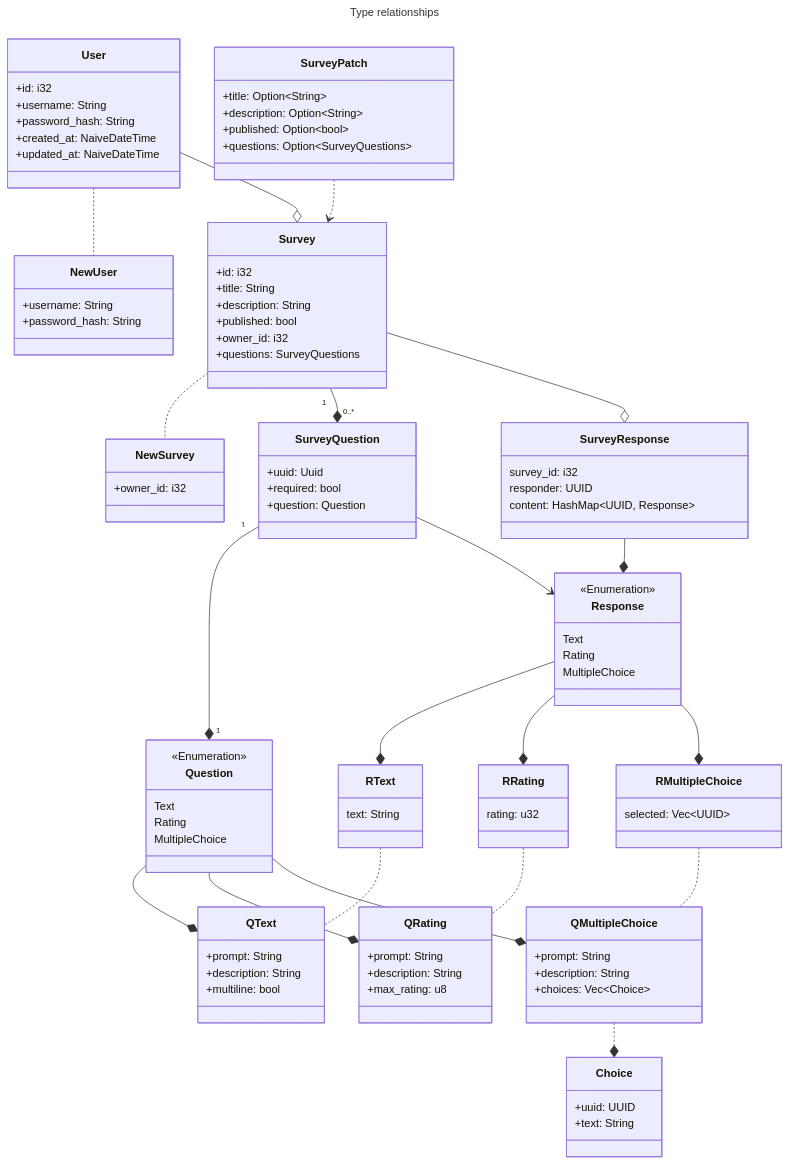
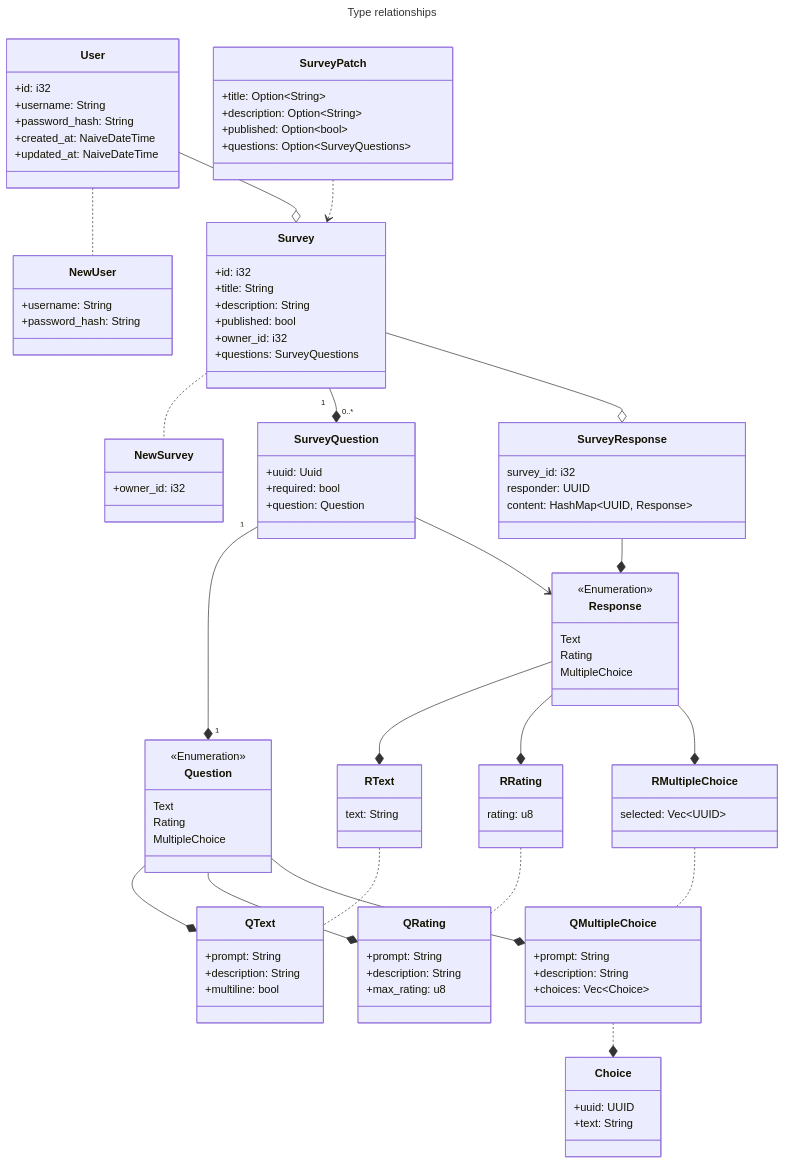
Before and after one commit to dyc3/d6-survey-service: the third of 9 diagrams in docs/architecture.md, drawn with Mermaid. The commit also changed 2 other files, not shown here.

Commit message:
add survey response types

```diff
--- a/docs/architecture.md
+++ b/docs/architecture.md
@@ -226,7 +226,7 @@
     }
 
     class RRating {
-        rating: u32
+        rating: u8
     }
 
     class RMultipleChoice {
```
